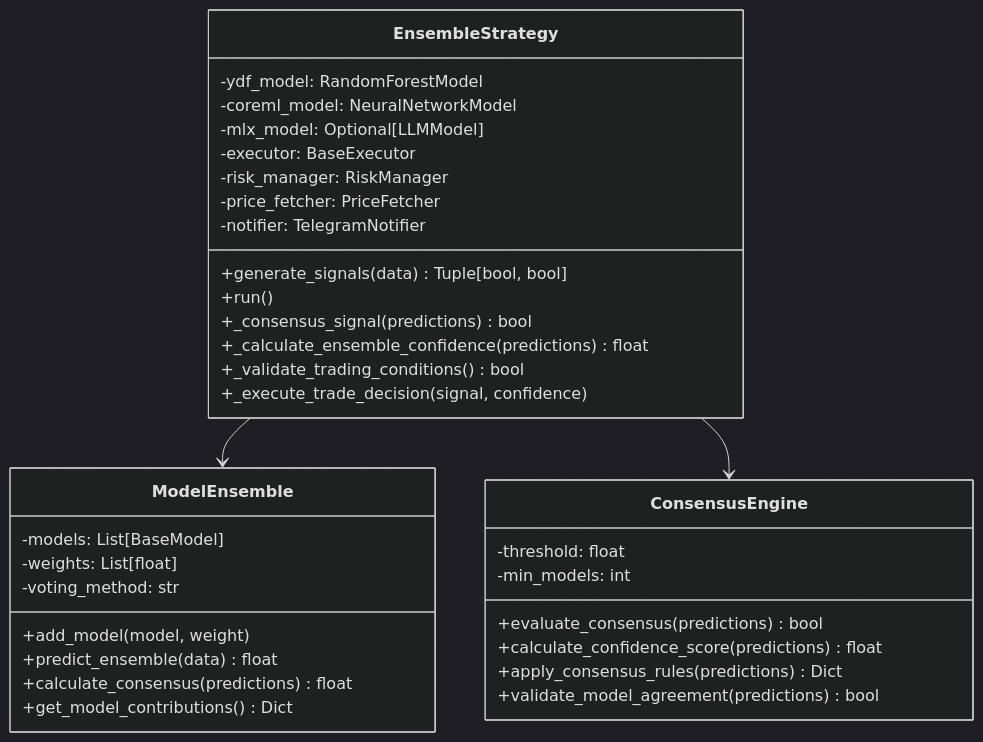
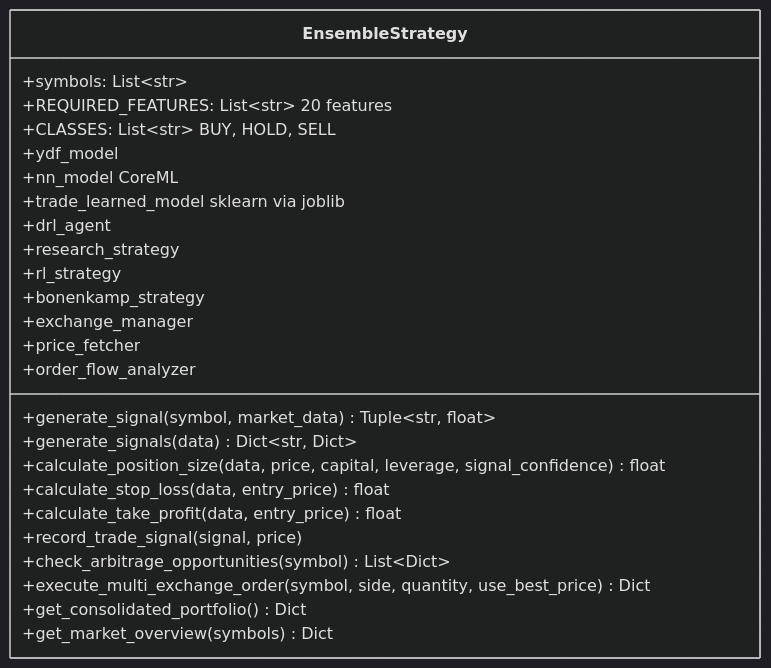
Before and after one commit to cluster2600/ELVIS: the third of 9 diagrams in docs/trading_system.md, drawn with Mermaid (dark theme). The commit also changed other lines of this file and 60 other files, not shown here.

````diff
--- a/docs/trading_system.md
+++ b/docs/trading_system.md
@@ -131,40 +127,28 @@
 ```mermaid
 classDiagram
     class EnsembleStrategy {
-        -ydf_model: RandomForestModel
-        -coreml_model: NeuralNetworkModel
-        -mlx_model: Optional[LLMModel]
-        -executor: BaseExecutor
-        -risk_manager: RiskManager
-        -price_fetcher: PriceFetcher
-        -notifier: TelegramNotifier
-        +generate_signals(data) Tuple[bool, bool]
-        +run()
-        +_consensus_signal(predictions) bool
-        +_calculate_ensemble_confidence(predictions) float
-        +_validate_trading_conditions() bool
-        +_execute_trade_decision(signal, confidence)
+        +symbols: List~str~
+        +REQUIRED_FEATURES: List~str~  20 features
+        +CLASSES: List~str~  BUY, HOLD, SELL
+        +ydf_model
+        +nn_model  CoreML
+        +trade_learned_model  sklearn via joblib
+        +drl_agent
+        +research_strategy
+        +rl_strategy
+        +bonenkamp_strategy
+        +exchange_manager
+        +price_fetcher
+        +order_flow_analyzer
+        +generate_signal(symbol, market_data) Tuple~str, float~
+        +generate_signals(data) Dict~str, Dict~
+        +calculate_position_size(data, price, capital, leverage, signal_confidence) float
+        +calculate_stop_loss(data, entry_price) float
+        +calculate_take_profit(data, entry_price) float
+        +record_trade_signal(signal, price)
+        +check_arbitrage_opportunities(symbol) List~Dict~
+        +execute_multi_exchange_order(symbol, side, quantity, use_best_price) Dict
+        +get_consolidated_portfolio() Dict
+        +get_market_overview(symbols) Dict
     }
-    
-    class ModelEnsemble {
-        -models: List[BaseModel]
-        -weights: List[float]
-        -voting_method: str
-        +add_model(model, weight)
-        +predict_ensemble(data) float
-        +calculate_consensus(predictions) float
-        +get_model_contributions() Dict
-    }
-    
-    class ConsensusEngine {
-        -threshold: float
-        -min_models: int
-        +evaluate_consensus(predictions) bool
-        +calculate_confidence_score(predictions) float
-        +apply_consensus_rules(predictions) Dict
-        +validate_model_agreement(predictions) bool
-    }
-    
-    EnsembleStrategy --> ModelEnsemble
-    EnsembleStrategy --> ConsensusEngine
 ```
````
